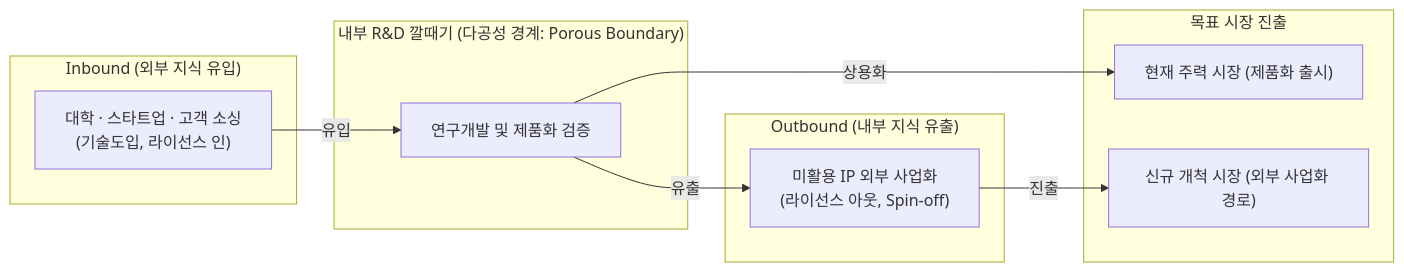
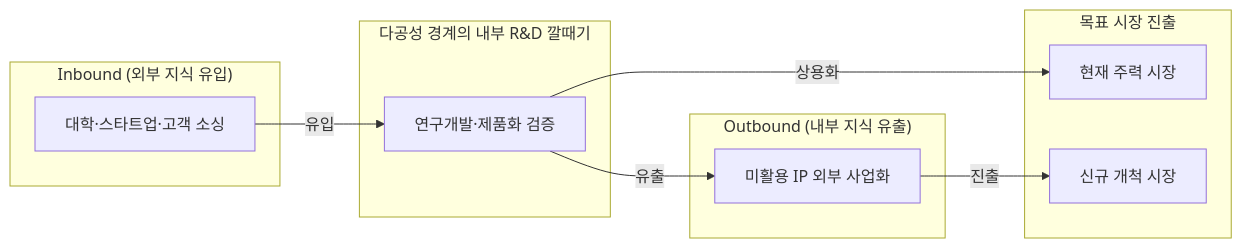
Before and after one commit to agnusdei1207/study: the first of 3 diagrams in src/content/docs/notes/itpe/01-it-strategy/114_open_innovation.md, drawn with Mermaid. The commit also changed other lines of this file and 18 other files, not shown here.

````diff
--- a/src/content/docs/notes/itpe/01-it-strategy/114_open_innovation.md
+++ b/src/content/docs/notes/itpe/01-it-strategy/114_open_innovation.md
@@ -67,20 +66,20 @@
 ```mermaid
 flowchart LR
     subgraph INBOUND["Inbound (외부 지식 유입)"]
-        IN["대학 · 스타트업 · 고객 소싱<br/>(기술도입, 라이선스 인)"]
+        IN["대학·스타트업·고객 소싱"]
     end
-    subgraph FUNNEL["내부 R&D 깔때기 (다공성 경계: Porous Boundary)"]
-        RD["연구개발 및 제품화 검증"]
+    subgraph FUNNEL["다공성 경계의 내부 R&D 깔때기"]
+        RD["연구개발·제품화 검증"]
     end
     subgraph OUTBOUND["Outbound (내부 지식 유출)"]
-        OUT["미활용 IP 외부 사업화<br/>(라이선스 아웃, Spin-off)"]
+        OUT["미활용 IP 외부 사업화"]
     end
     subgraph MARKETS["목표 시장 진출"]
-        M1["현재 주력 시장 (제품화 출시)"]
-        M2["신규 개척 시장 (외부 사업화 경로)"]
+        M1["현재 주력 시장"]
+        M2["신규 개척 시장"]
     end
 
     IN -->|유입| RD
     RD -->|상용화| M1
     RD -->|유출| OUT -->|진출| M2
 ```
````
